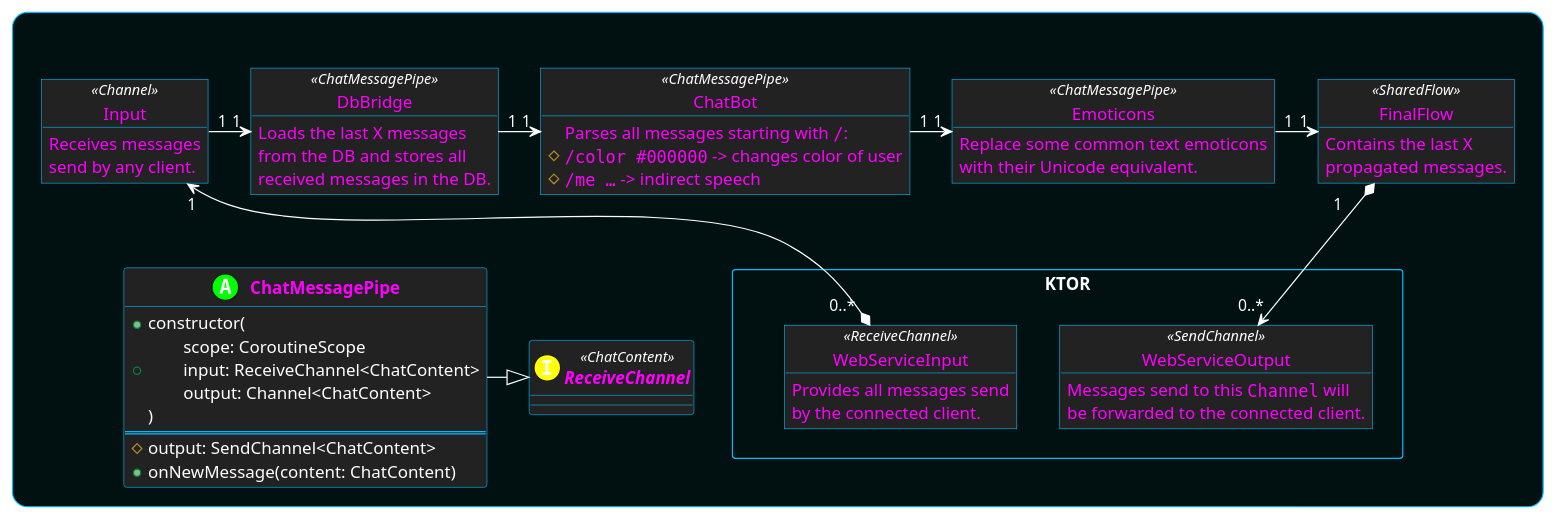
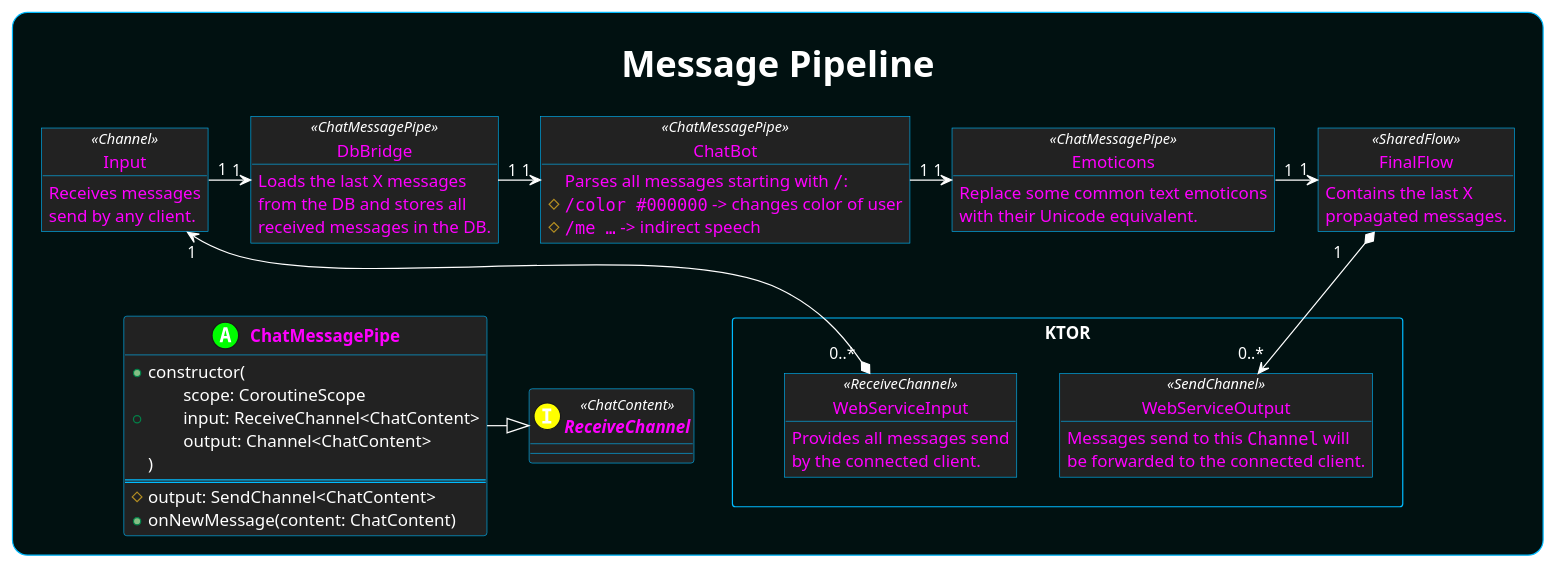
Before and after one commit to SaschaZ/KotlinMpChatDemo: the diagram in doc/puml/ServerChannelFlow.puml, drawn with PlantUML. The commit also changed 13 other files, not shown here.

```diff
--- a/doc/puml/ServerChannelFlow.puml
+++ b/doc/puml/ServerChannelFlow.puml
@@ -1,87 +1,87 @@
 @startuml
 'https://plantuml.com/object-diagram
 
 skinparam defaultFontColor #fff
 skinparam titleFontColor #fff
 skinparam arrowColor #Fff
 skinparam packageBackgroundColor #222
 skinparam packageFontColor #f0f
 skinparam packageBorderColor #0BF
 skinparam objectBackgroundColor #222
 skinparam objectFontColor #f0f
 skinparam objectBorderColor #0BF
 skinparam classBackgroundColor #222
 skinparam classFontColor #f0f
 skinparam classBorderColor #0BF
 skinparam rectangleBackgroundColor #011111
 skinparam rectangleFontColor #fff
 skinparam rectangleBorderColor #0BF
 skinparam frameBackgroundColor #011111
 skinparam nodeBackgroundColor #111
 skinparam nodeFontColor #fff
 skinparam nodeBorderColor #0BF
 skinparam interfaceBackgroundColor #111
 skinparam interfaceFontColor #FFF
 skinparam interfaceBorderColor #0F0
 skinparam componentStyle rectangle
 skinparam circledCharacterFontColor black
 skinparam RoundCorner<<roundCorners>> 25
 hide rectangle <<roundCorners>> stereotype
 
-rectangle " " <<roundCorners>> {
+rectangle "\n<size:30>Message Pipeline" <<roundCorners>> {
 
     together {
         Object Input <<Channel>> {
             Receives messages\nsend by any client.
         }
         Object FinalFlow <<SharedFlow>> {
             Contains the last X\npropagated messages.
         }
 
         object DbBridge <<ChatMessagePipe>> {
             Loads the last X messages\nfrom the DB and stores all\nreceived messages in the DB.
         }
         object ChatBot <<ChatMessagePipe>> {
             Parses all messages starting with ""/"":
             # ""/color #000000"" -> changes color of user
             # ""/me …"" -> indirect speech
         }
         object Emoticons <<ChatMessagePipe>> {
             Replace some common text emoticons\nwith their Unicode equivalent.
         }
 
         Input "1" -> "1" DbBridge
         DbBridge "1" -> "1" ChatBot
         ChatBot "1" -> "1" Emoticons
         Emoticons "1" -> "1" FinalFlow
     }
 
     together {
         rectangle KTOR {
             Object WebServiceInput <<ReceiveChannel>> {
                 Provides all messages send\nby the connected client.
             }
             Object WebServiceOutput <<SendChannel>> {
                 Messages send to this ""Channel"" will\nbe forwarded to the connected client.
             }
         }
         WebServiceInput "0..*\t" *--> "1" Input
         FinalFlow "1\t" *--> "0..*" WebServiceOutput
     }
 
     class "**ChatMessagePipe**" as ChatMessagePipe<<(A,#00ff00)>> {
         +constructor(
             \tscope: CoroutineScope
             +\tinput: ReceiveChannel<ChatContent>
             \toutput: Channel<ChatContent>
         )
         ===
         #output: SendChannel<ChatContent>
         +onNewMessage(content: ChatContent)
     }
 
     KTOR -[hidden]r- ChatMessagePipe
     interface "**ReceiveChannel**" as ReceiveChannel <<(I,#ffff00)>> <<ChatContent>>
     ChatMessagePipe -|> ReceiveChannel
 }
 @enduml
```
